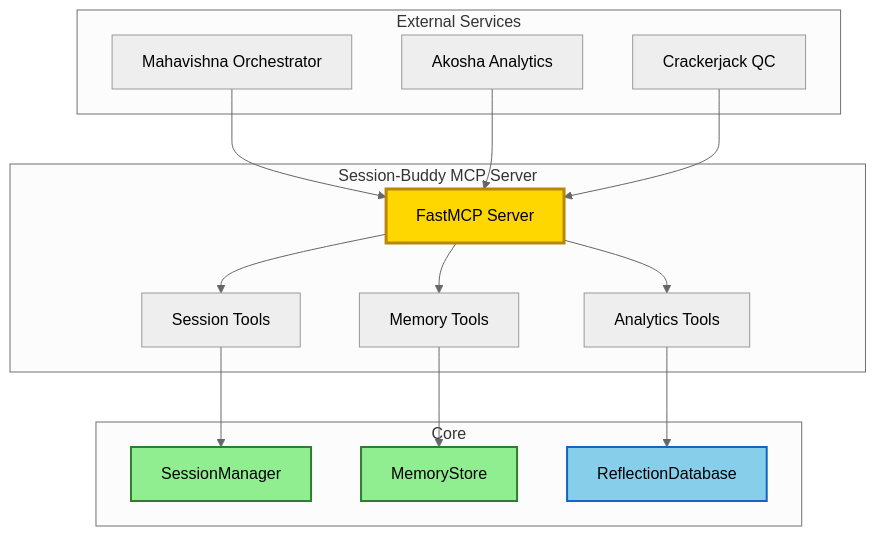
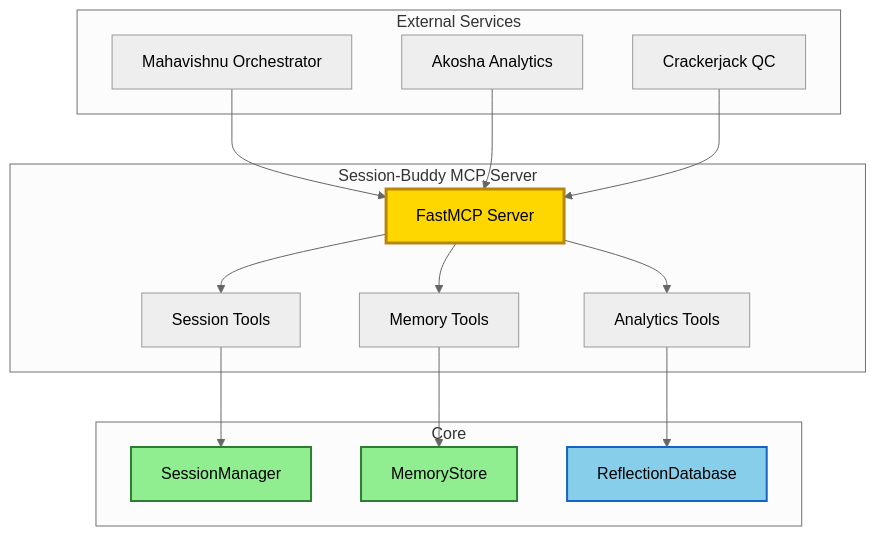
One commit to lesleslie/session-buddy changed the diagram in ARCHITECTURE.md. Above: the diagram before and after it, drawn with Mermaid (neutral theme). The commit also changed other lines of this file and 1 other file, not shown here.

First line of the commit message:
docs: fix broken badge images in README + Mahavishnu typos in ARCHITECTURE

````diff
--- a/ARCHITECTURE.md
+++ b/ARCHITECTURE.md
@@ -82,38 +82,38 @@
 ```mermaid
 graph TB
     subgraph "External Services"
-        A[Mahavishna Orchestrator]
+        A[Mahavishnu Orchestrator]
         B[Akosha Analytics]
         C[Crackerjack QC]
     end
 
     subgraph "Session-Buddy MCP Server"
         D[FastMCP Server]
         E[Session Tools]
         F[Memory Tools]
         G[Analytics Tools]
     end
 
     subgraph "Core"
         H[SessionManager]
         I[MemoryStore]
         J[ReflectionDatabase]
     end
 
     A --> D
     B --> D
     C --> D
 
     D --> E
     D --> F
     D --> G
 
     E --> H
     F --> I
     G --> J
 
     style D fill:#FFD700,stroke:#B8860B,stroke-width:3px
     style H fill:#90EE90,stroke:#2E7D32,stroke-width:2px
     style I fill:#90EE90,stroke:#2E7D32,stroke-width:2px
     style J fill:#87CEEB,stroke:#1565C0,stroke-width:2px
 ```
````
